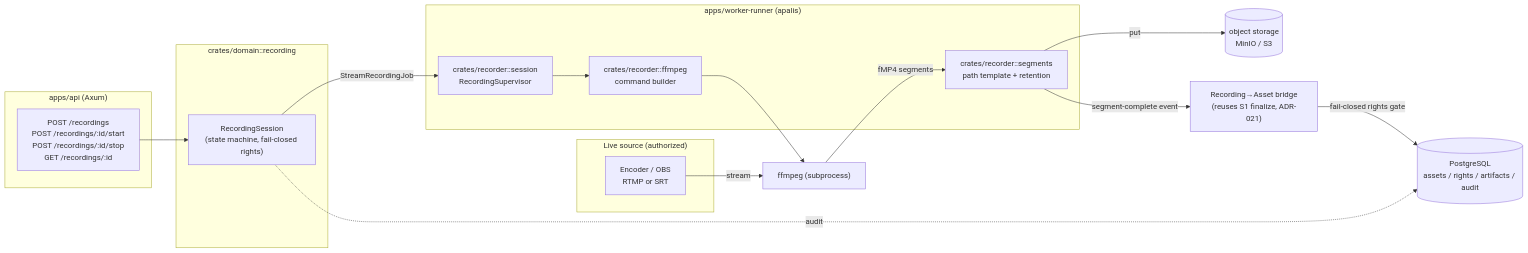
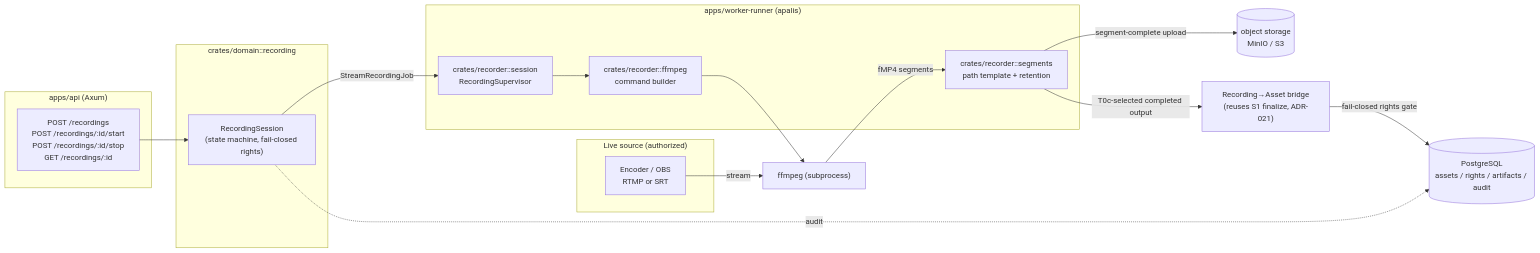
Before and after one commit to krukmat/dubbridge: the diagram in docs/proposals/stream-recording-module.md, drawn with Mermaid. The commit also changed other lines of this file and 81 other files, not shown here.

````diff
--- a/docs/proposals/stream-recording-module.md
+++ b/docs/proposals/stream-recording-module.md
@@ -92,34 +95,34 @@
 ```mermaid
 flowchart LR
     subgraph Edge["Live source (authorized)"]
       ENC["Encoder / OBS\nRTMP or SRT"]
     end
 
     subgraph API["apps/api (Axum)"]
       EP["POST /recordings\nPOST /recordings/:id/start\nPOST /recordings/:id/stop\nGET  /recordings/:id"]
     end
 
     subgraph Domain["crates/domain::recording"]
       RS["RecordingSession\n(state machine, fail-closed rights)"]
     end
 
     subgraph Worker["apps/worker-runner (apalis)"]
       SUP["crates/recorder::session\nRecordingSupervisor"]
       CMD["crates/recorder::ffmpeg\ncommand builder"]
       SEG["crates/recorder::segments\npath template + retention"]
     end
 
     FF["ffmpeg (subprocess)"]
     OS[("object storage\nMinIO / S3")]
     PG[("PostgreSQL\nassets / rights / artifacts / audit")]
 
     ENC -->|stream| FF
     EP --> RS
     RS -->|StreamRecordingJob| SUP
     SUP --> CMD --> FF
     FF -->|fMP4 segments| SEG
-    SEG -->|put| OS
-    SEG -->|segment-complete event| BRIDGE["Recording→Asset bridge\n(reuses S1 finalize, ADR-021)"]
+    SEG -->|segment-complete upload| OS
+    SEG -->|T0c-selected completed output| BRIDGE["Recording→Asset bridge\n(reuses S1 finalize, ADR-021)"]
     BRIDGE -->|fail-closed rights gate| PG
     RS -. audit .-> PG
 ```
````
